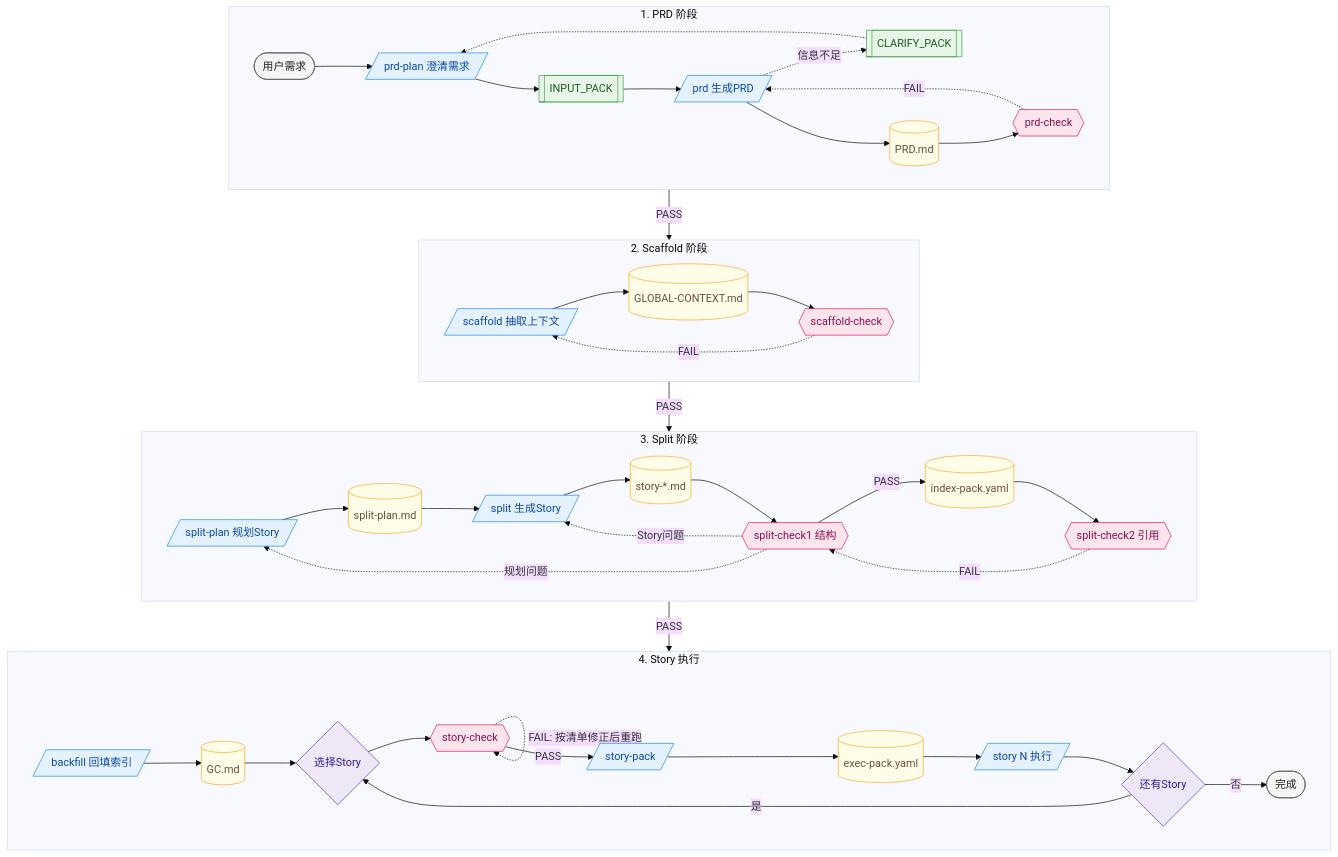
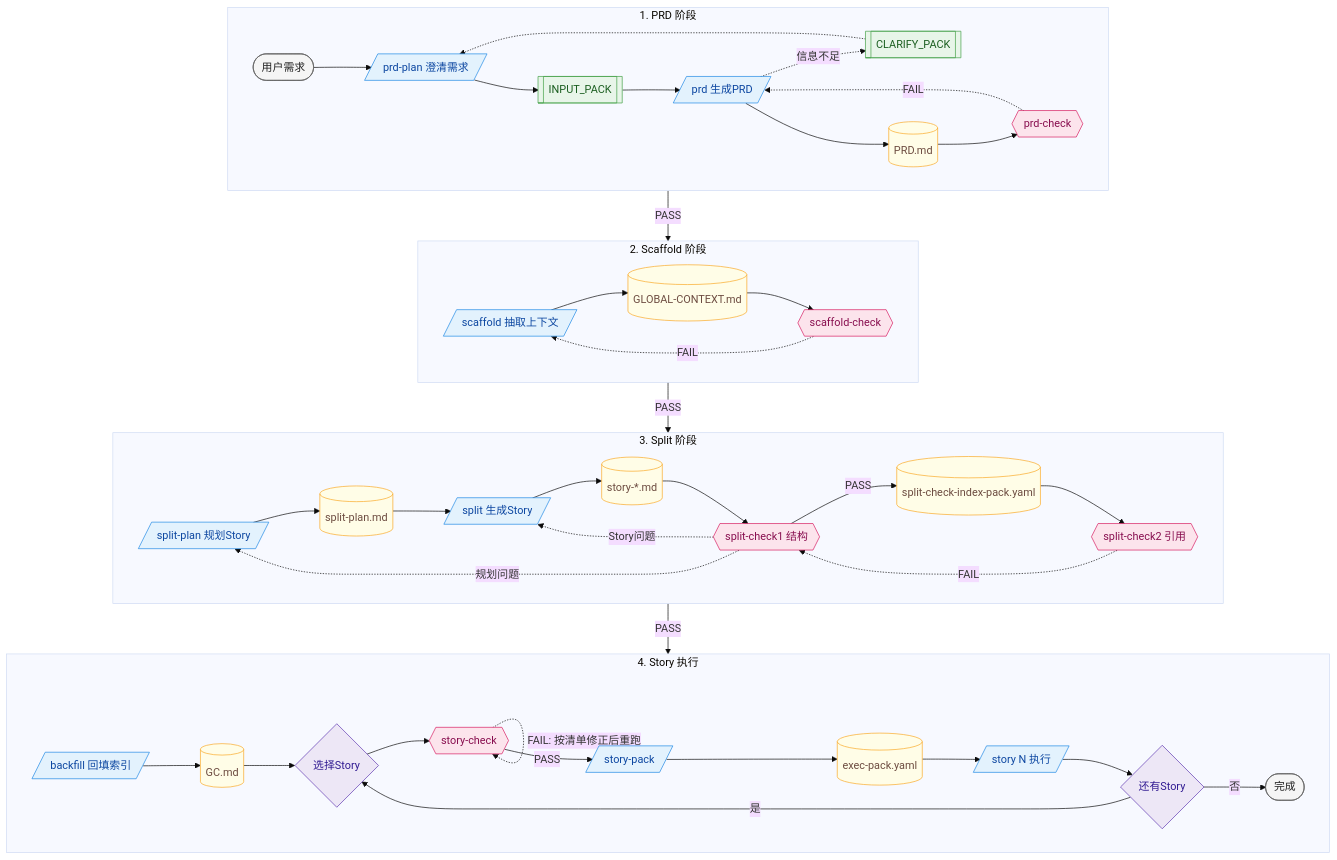
One commit to snakeying/Textum changed the diagram in Workflow.md. Above: the diagram before and after it, drawn with Mermaid (base theme). The commit also changed other lines of this file and 14 other files, not shown here.

````diff
--- a/Workflow.md
+++ b/Workflow.md
@@ -7,77 +7,77 @@
 ```mermaid
 flowchart TB
     %% 图例：蓝=命令 | 粉=校验 | 黄=文件 | 绿=交接包
 
     classDef cmd fill:#E3F2FD,stroke:#1E88E5,color:#0D47A1
     classDef chk fill:#FCE4EC,stroke:#D81B60,color:#880E4F
     classDef file fill:#FFFDE7,stroke:#F9A825,color:#6D4C41
     classDef pack fill:#E8F5E9,stroke:#43A047,color:#1B5E20
     classDef dec fill:#EDE7F6,stroke:#5E35B1,color:#311B92
     classDef note fill:#F5F5F5,stroke:#616161,color:#212121
 
     subgraph B1["1. PRD 阶段"]
         direction LR
         U([用户需求]):::note
         P1[/prd-plan 澄清需求/]:::cmd
         PK1[[INPUT_PACK]]:::pack
         P2[/prd 生成PRD/]:::cmd
         PK2[[CLARIFY_PACK]]:::pack
         F1[(PRD.md)]:::file
         C1{{prd-check}}:::chk
 
         U --> P1 --> PK1 --> P2
         P2 -.->|信息不足| PK2 -.-> P1
         P2 --> F1 --> C1
         C1 -.->|FAIL| P2
     end
 
     subgraph B2["2. Scaffold 阶段"]
         direction LR
         S1[/scaffold 抽取上下文/]:::cmd
         F2[(GLOBAL-CONTEXT.md)]:::file
         C2{{scaffold-check}}:::chk
 
         S1 --> F2 --> C2
         C2 -.->|FAIL| S1
     end
 
     subgraph B3["3. Split 阶段"]
         direction LR
         SP[/split-plan 规划Story/]:::cmd
         FP[(split-plan.md)]:::file
         SS[/split 生成Story/]:::cmd
         FS[(story-*.md)]:::file
         C3{{split-check1 结构}}:::chk
-        IX[(index-pack.yaml)]:::file
+        IX[(split-check-index-pack.yaml)]:::file
         C4{{split-check2 引用}}:::chk
 
         SP --> FP --> SS --> FS --> C3
         C3 -.->|规划问题| SP
         C3 -.->|Story问题| SS
         C3 -->|PASS| IX --> C4
         C4 -.->|FAIL| C3
     end
 
     subgraph B4["4. Story 执行"]
         direction LR
         BF[/backfill 回填索引/]:::cmd
         F3[(GC.md)]:::file
         PK{选择Story}:::dec
         C5{{story-check}}:::chk
         PKG[/story-pack/]:::cmd
         FE[(exec-pack.yaml)]:::file
         EX[/story N 执行/]:::cmd
         MR{还有Story}:::dec
         DN([完成]):::note
 
         BF --> F3 --> PK --> C5
         C5 -.->|FAIL: 按清单修正后重跑| C5
         C5 -->|PASS| PKG --> FE --> EX --> MR
         MR -->|是| PK
         MR -->|否| DN
     end
 
     C1 -->|PASS| S1
     C2 -->|PASS| SP
     C4 -->|PASS| BF
 ```
````
